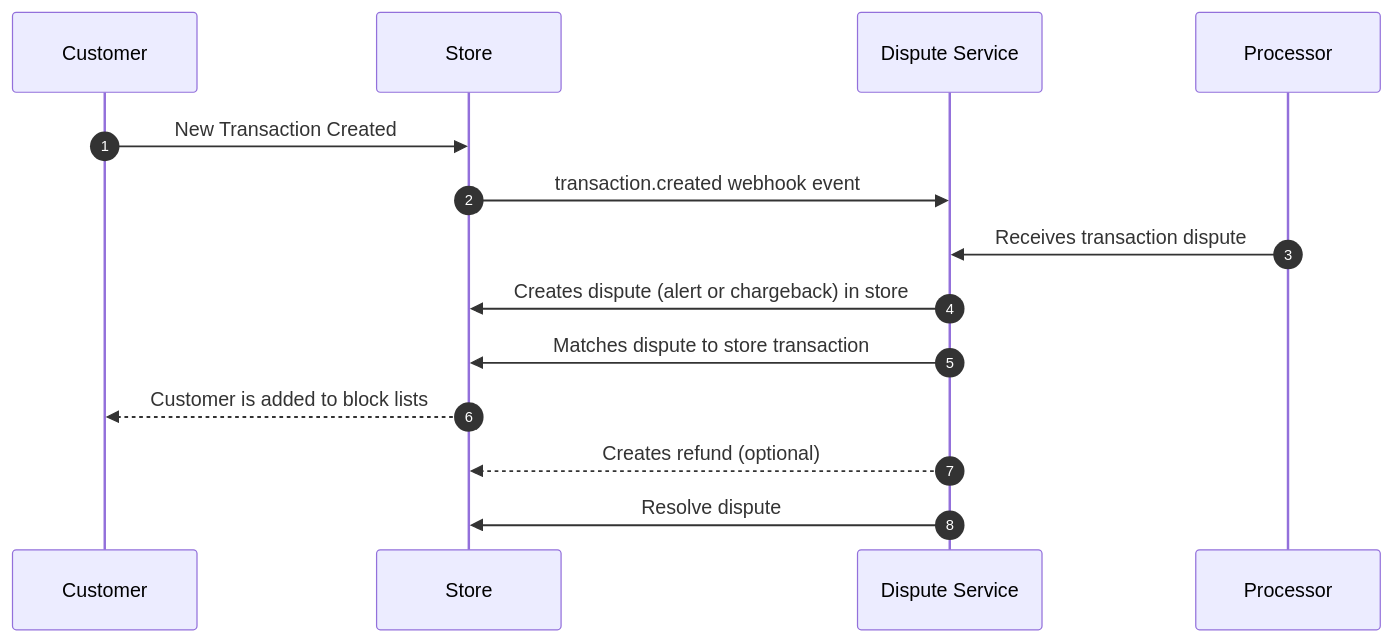
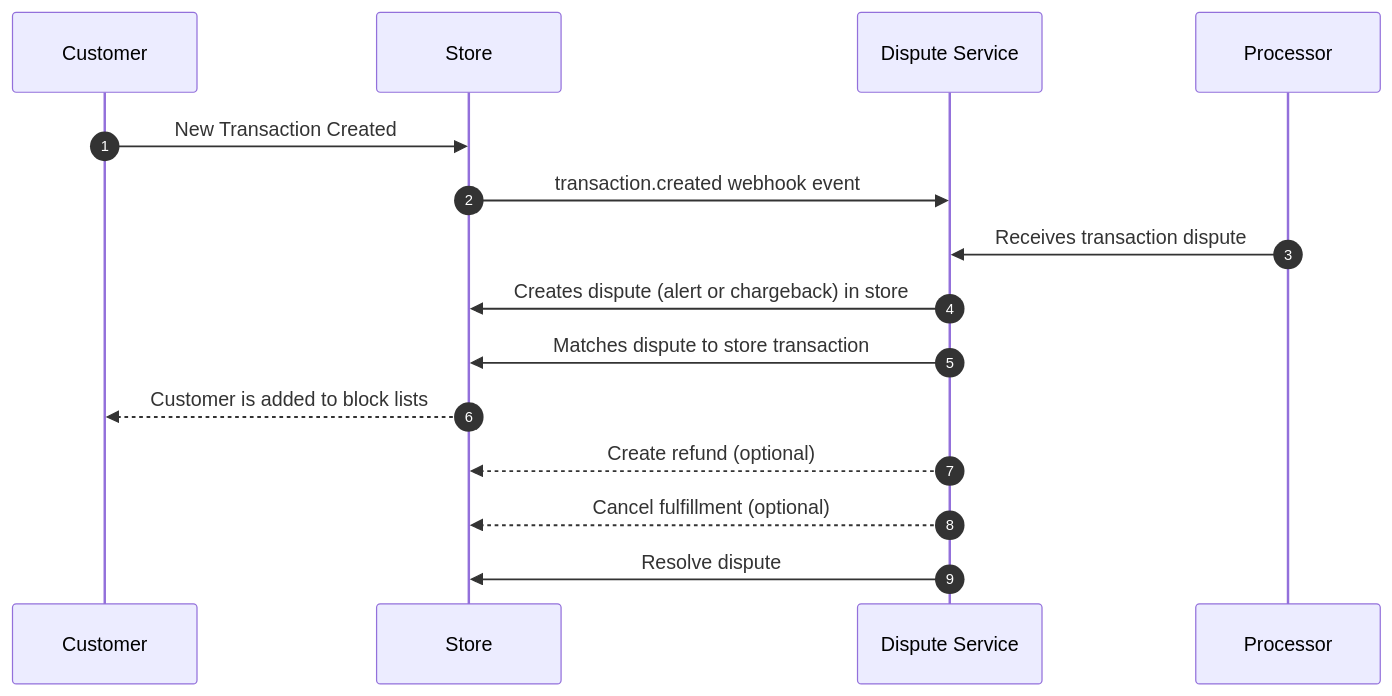
One commit to 29next/developer-docs changed the diagram in docs/apps/guides/dispute-service.md. Above: the diagram before and after it, drawn with Mermaid. The commit also changed other lines of this file, not shown here.

Commit message:
add fulfillment cancel step and detail for dispute service apps

````diff
--- a/docs/apps/guides/dispute-service.md
+++ b/docs/apps/guides/dispute-service.md
@@ -25,12 +29,13 @@
 ``` mermaid
 sequenceDiagram
   autonumber
   Customer->>Store: New Transaction Created
   Store->>Dispute Service: transaction.created webhook event
   Processor->>Dispute Service: Receives transaction dispute
   Dispute Service->>Store: Creates dispute (alert or chargeback) in store
   Dispute Service->>Store: Matches dispute to store transaction
   Store-->>Customer: Customer is added to block lists
-  Dispute Service-->>Store: Creates refund (optional)
+  Dispute Service-->>Store: Create refund (optional)
+  Dispute Service-->>Store: Cancel fulfillment (optional)
   Dispute Service->>Store: Resolve dispute
 ```
````
